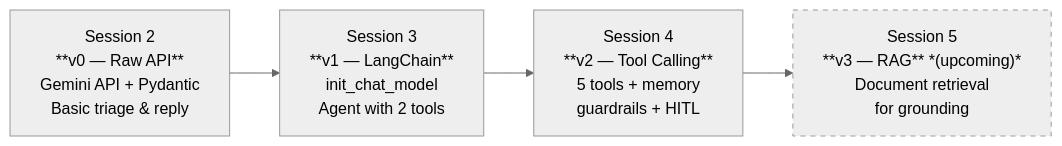
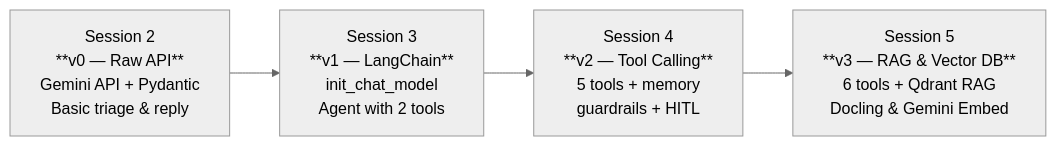
The diagram in README.md (mr-captrox/Industrial-Training---Grow-With-Data), drawn with Mermaid (neutral theme) before and after one commit. The commit also changed other lines of this file and 12 other files, not shown here.

Commit message:
feat(session-5): complete RAG document intelligence and Northstar Support Assistant v3

````diff
--- a/README.md
+++ b/README.md
@@ -43,11 +43,9 @@
 ```mermaid
 flowchart LR
     S2["Session 2\n**v0 — Raw API**\nGemini API + Pydantic\nBasic triage & reply"]
     S3["Session 3\n**v1 — LangChain**\ninit_chat_model\nAgent with 2 tools"]
     S4["Session 4\n**v2 — Tool Calling**\n5 tools + memory\nguardrails + HITL"]
-    S5["Session 5\n**v3 — RAG** *(upcoming)*\nDocument retrieval\nfor grounding"]
+    S5["Session 5\n**v3 — RAG & Vector DB**\n6 tools + Qdrant RAG\nDocling & Gemini Embed"]
 
     S2 --> S3 --> S4 --> S5
-
-    style S5 stroke-dasharray: 5 5
 ```
````
